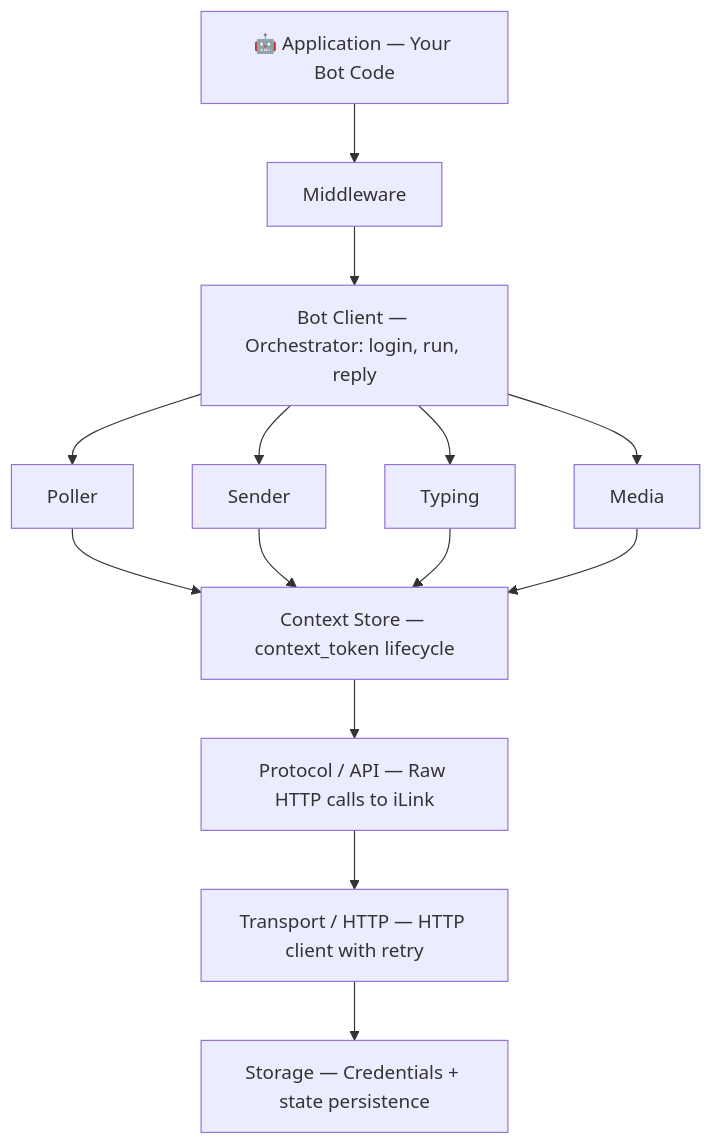
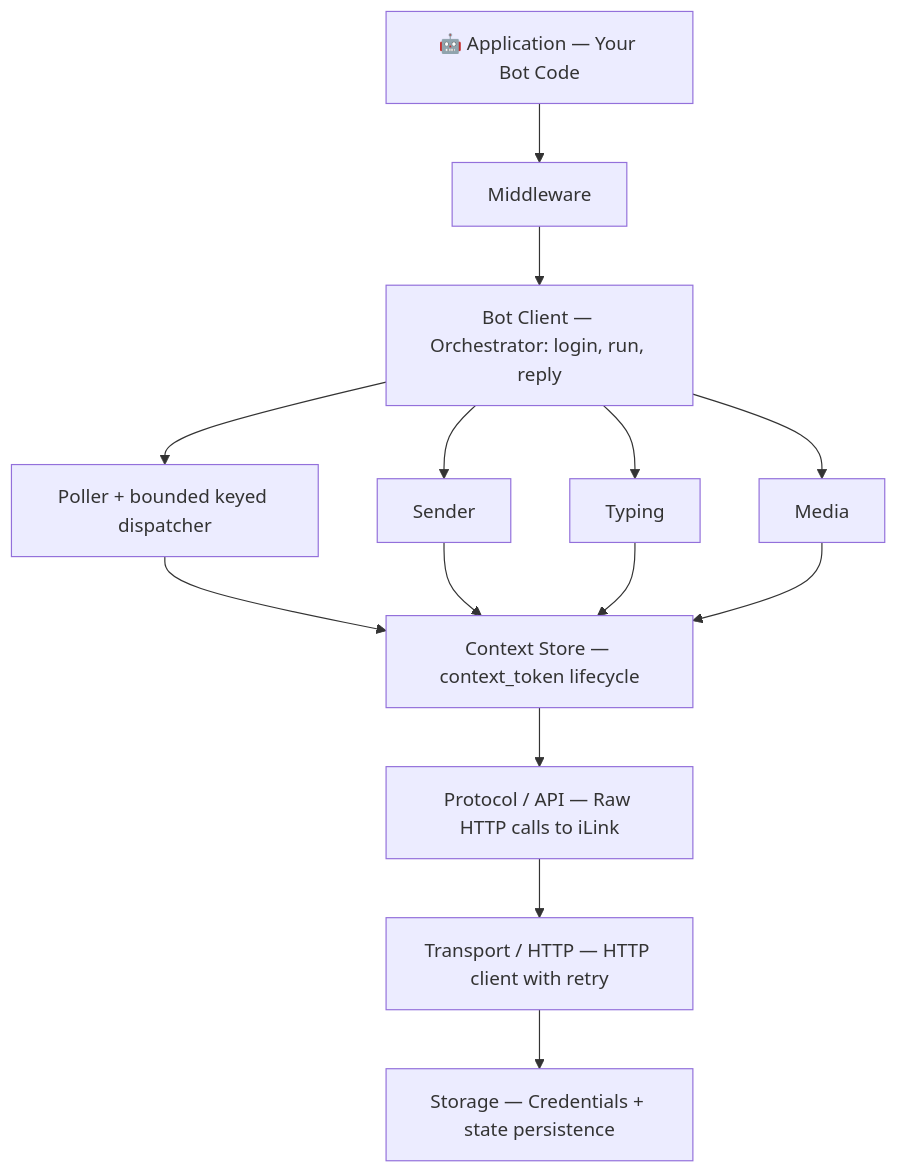
One commit to Icatme/wechatbot-go changed the diagram in docs/architecture.md. Above: the diagram before and after it, drawn with Mermaid. The commit also changed other lines of this file and 12 other files, not shown here.

````diff
--- a/docs/architecture.md
+++ b/docs/architecture.md
@@ -7,16 +7,16 @@
 ```mermaid
 graph TD
     A["🤖 Application — Your Bot Code"] --> B["Middleware"]
     B --> C["Bot Client — Orchestrator: login, run, reply"]
-    C --> D["Poller"]
+    C --> D["Poller + bounded keyed dispatcher"]
     C --> E["Sender"]
     C --> F["Typing"]
     C --> G["Media"]
     D --> H["Context Store — context_token lifecycle"]
     E --> H
     F --> H
     G --> H
     H --> I["Protocol / API — Raw HTTP calls to iLink"]
     I --> J["Transport / HTTP — HTTP client with retry"]
     J --> K["Storage — Credentials + state persistence"]
 ```
````
